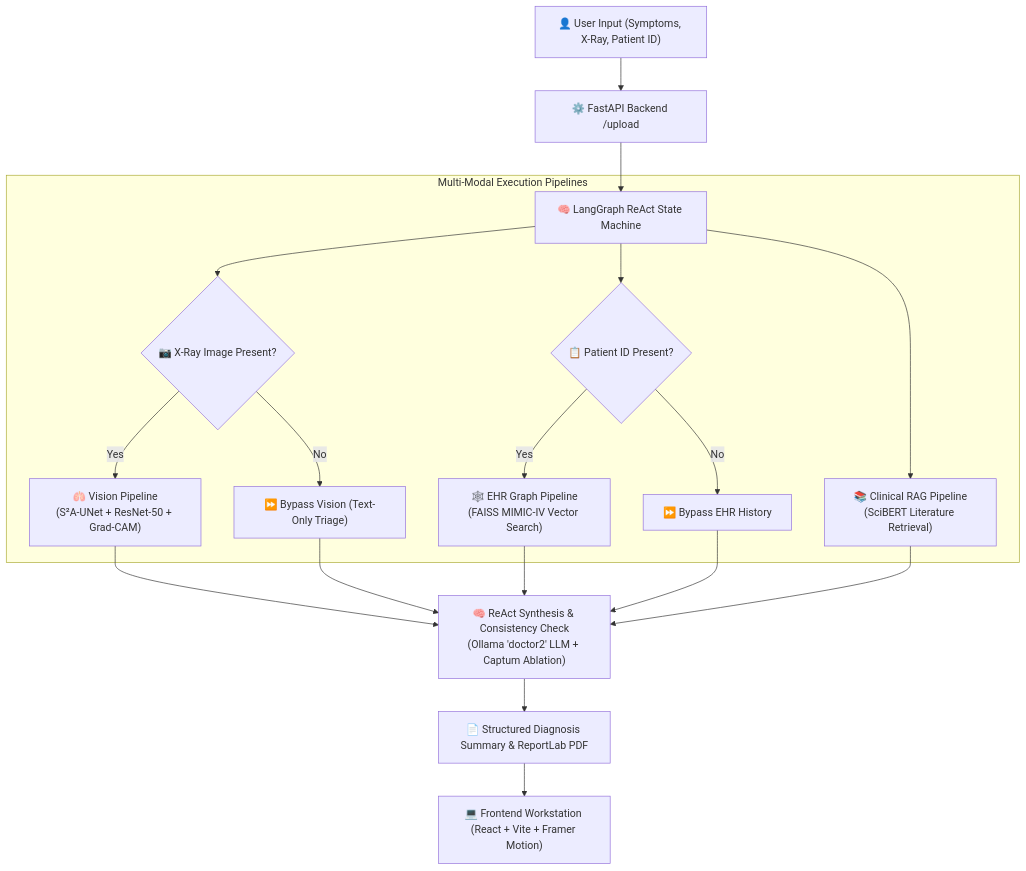
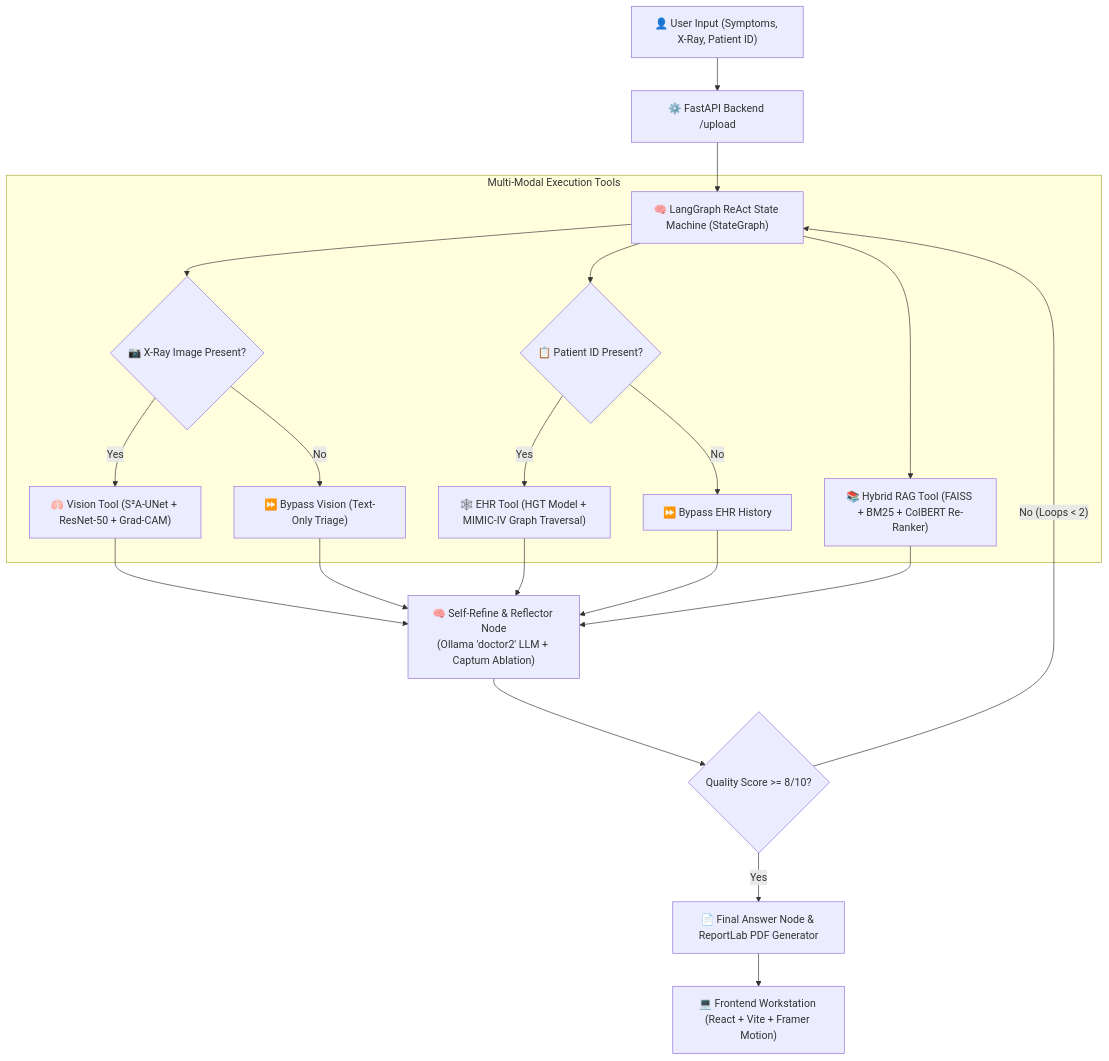
Before and after one commit to FilippeZ/zenithdx-petient-centric-agentic-decision-support-platform: the diagram in README.md, drawn with Mermaid. The commit also changed other lines of this file and 33 other files, not shown here.

Commit message:
feat: complete ZenithDx multi-modal agentic platform (HGT, S2A-UNet, ReportLab PDF, PyVis timeline, Captum XAI, and comprehensive README with logo)

````diff
--- a/README.md
+++ b/README.md
@@ -26,26 +42,28 @@
 ```mermaid
 graph TD
     A["👤 User Input (Symptoms, X-Ray, Patient ID)"] --> B["⚙️ FastAPI Backend /upload"]
-    B --> C["🧠 LangGraph ReAct State Machine"]
+    B --> C["🧠 LangGraph ReAct State Machine (StateGraph)"]
     
-    subgraph "Multi-Modal Execution Pipelines"
+    subgraph "Multi-Modal Execution Tools"
         C --> D{"📷 X-Ray Image Present?"}
-        D -- Yes --> E["🫁 Vision Pipeline\n(S²A-UNet + ResNet-50 + Grad-CAM)"]
+        D -- Yes --> E["🫁 Vision Tool (S²A-UNet + ResNet-50 + Grad-CAM)"]
         D -- No --> F["⏩ Bypass Vision (Text-Only Triage)"]
         
         C --> G{"📋 Patient ID Present?"}
-        G -- Yes --> H["🕸️ EHR Graph Pipeline\n(FAISS MIMIC-IV Vector Search)"]
+        G -- Yes --> H["🕸️ EHR Tool (HGT Model + MIMIC-IV Graph Traversal)"]
         G -- No --> I["⏩ Bypass EHR History"]
         
-        C --> J["📚 Clinical RAG Pipeline\n(SciBERT Literature Retrieval)"]
+        C --> J["📚 Hybrid RAG Tool (FAISS + BM25 + ColBERT Re-Ranker)"]
     end
     
-    E --> K["🧠 ReAct Synthesis & Consistency Check\n(Ollama 'doctor2' LLM + Captum Ablation)"]
+    E --> K["🧠 Self-Refine & Reflector Node\n(Ollama 'doctor2' LLM + Captum Ablation)"]
     F --> K
     H --> K
     I --> K
     J --> K
     
-    K --> L["📄 Structured Diagnosis Summary & ReportLab PDF"]
-    L --> M["💻 Frontend Workstation (React + Vite + Framer Motion)"]
+    K --> L{"Quality Score >= 8/10?"}
+    L -- No (Loops < 2) --> C
+    L -- Yes --> M["📄 Final Answer Node & ReportLab PDF Generator"]
+    M --> N["💻 Frontend Workstation (React + Vite + Framer Motion)"]
 ```
````
